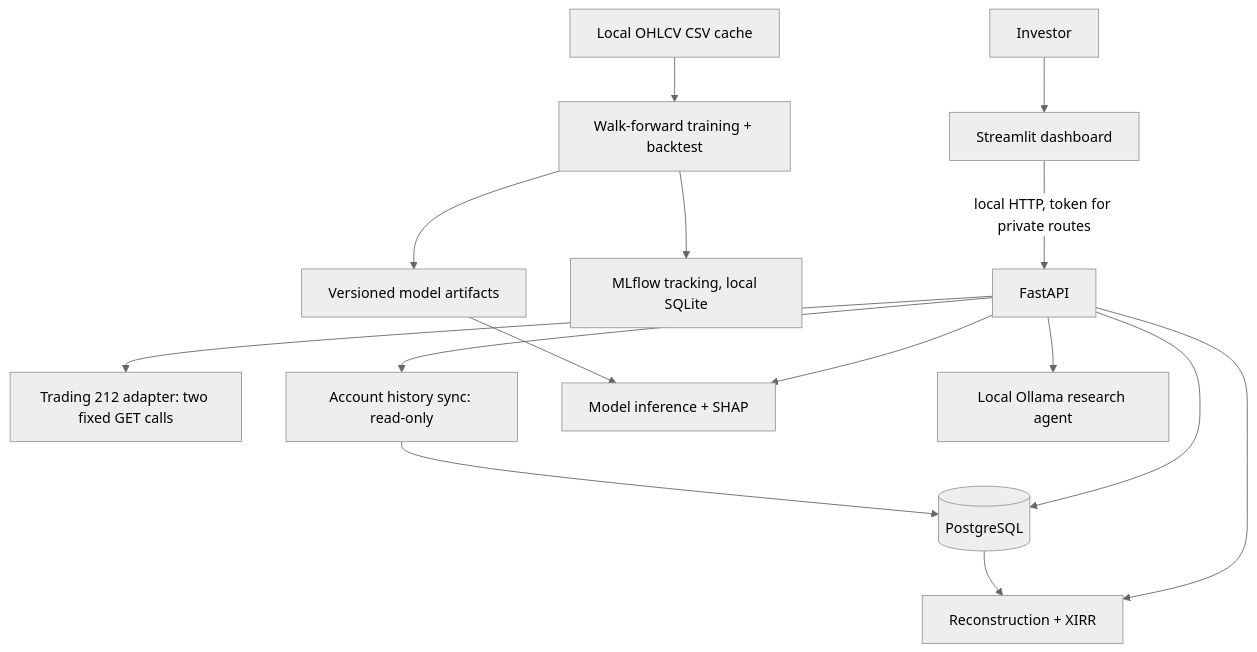
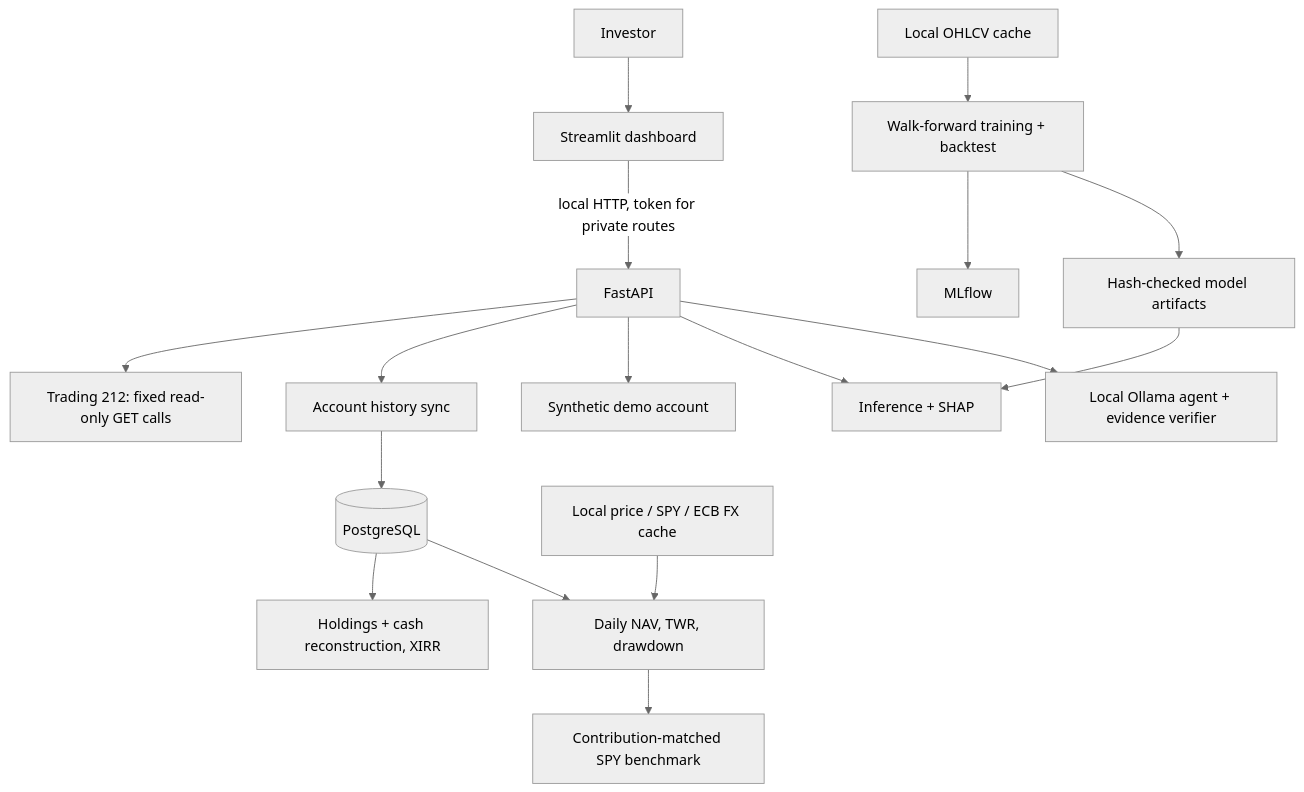
Before and after one commit to PranayElligaram/marketops: the diagram in README.md, drawn with Mermaid (neutral theme). The commit also changed other lines of this file and 21 other files, not shown here.

First line of the commit message:
Add contribution-matched S&P 500 benchmark, comparison dashboard and synthetic demo (v1.0)

````diff
--- a/README.md
+++ b/README.md
@@ -21,17 +26,18 @@
 ```mermaid
 flowchart TD
     User[Investor] --> UI[Streamlit dashboard]
     UI -->|local HTTP, token for private routes| API[FastAPI]
-    API --> Broker[Trading 212 adapter: two fixed GET calls]
-    API --> History[Account history sync: read-only]
-    API --> Perf[Reconstruction + XIRR]
-    API --> Inference[Model inference + SHAP]
-    API --> DB[(PostgreSQL)]
-    API --> Agent[Local Ollama research agent]
-    Market[Local OHLCV CSV cache] --> Training[Walk-forward training + backtest]
-    Training --> MLflow[MLflow tracking, local SQLite]
-    Training --> Artifacts[Versioned model artifacts]
-    Artifacts --> Inference
-    History --> DB
-    DB --> Perf
+    API --> Broker[Trading 212: fixed read-only GET calls]
+    API --> History[Account history sync]
+    History --> DB[(PostgreSQL)]
+    DB --> Recon[Holdings + cash reconstruction, XIRR]
+    DB --> Val[Daily NAV, TWR, drawdown]
+    Prices[Local price / SPY / ECB FX cache] --> Val
+    Val --> Bench[Contribution-matched SPY benchmark]
+    API --> Demo[Synthetic demo account]
+    Market[Local OHLCV cache] --> Training[Walk-forward training + backtest]
+    Training --> MLflow[MLflow] & Artifacts[Hash-checked model artifacts]
+    Artifacts --> Inference[Inference + SHAP]
+    API --> Inference
+    API --> Agent[Local Ollama agent + evidence verifier]
 ```
````
